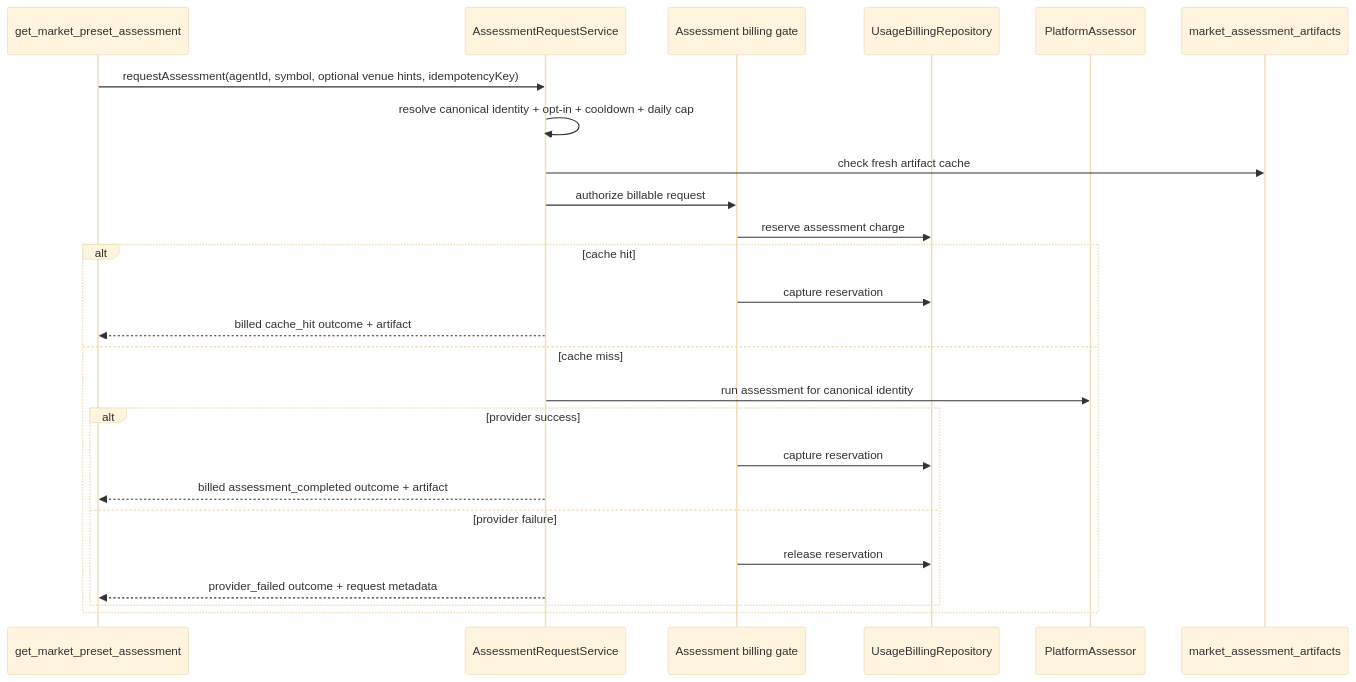
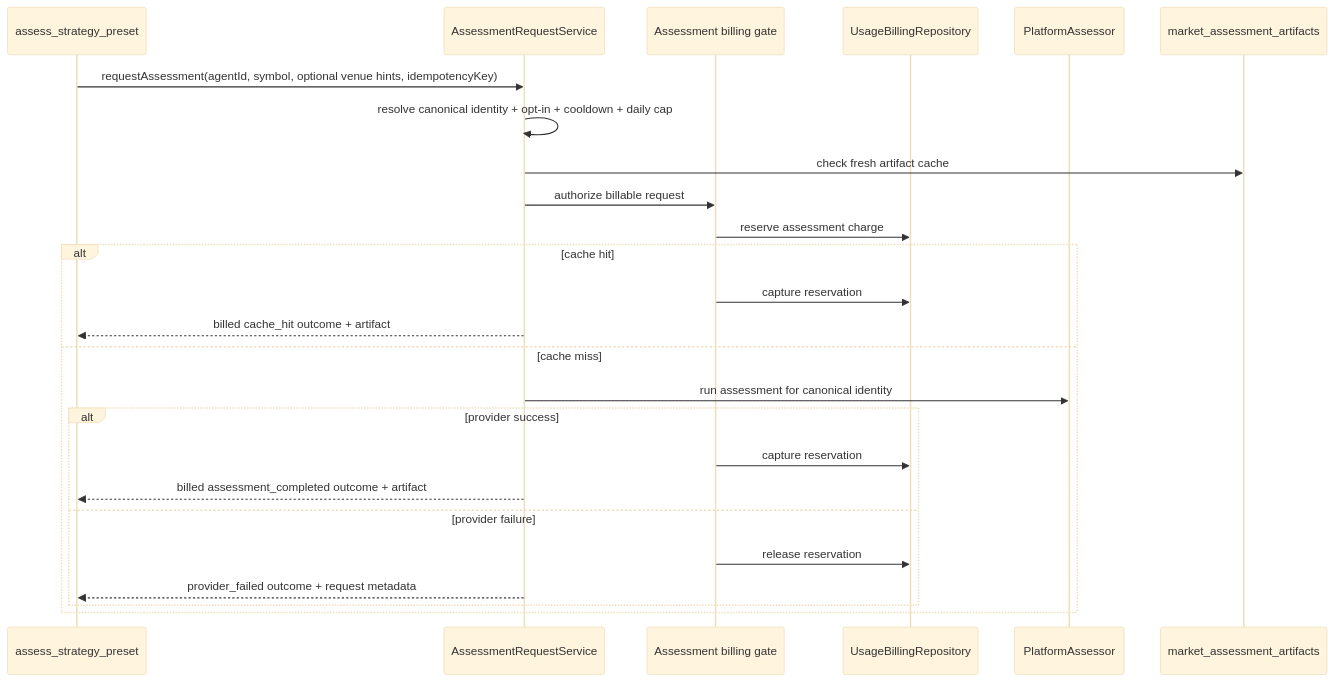
Before and after one commit to poshjosh/herobids: the diagram in docs/features/2026/07/18/002-platform-preset-assessment-and-transition/007-assessment-billing-completion-plan.md, drawn with Mermaid (base theme). The commit also changed other lines of this file and 9 other files, not shown here.

````diff
--- a/docs/features/2026/07/18/002-platform-preset-assessment-and-transition/007-assessment-billing-completion-plan.md
+++ b/docs/features/2026/07/18/002-platform-preset-assessment-and-transition/007-assessment-billing-completion-plan.md
@@ -78,28 +219,28 @@
 ```mermaid
 sequenceDiagram
-  participant Tool as get_market_preset_assessment
+  participant Tool as assess_strategy_preset
   participant Request as AssessmentRequestService
   participant Billing as Assessment billing gate
   participant Repo as UsageBillingRepository
   participant Assessor as PlatformAssessor
   participant Artifacts as market_assessment_artifacts
 
   Tool->>Request: requestAssessment(agentId, symbol, optional venue hints, idempotencyKey)
   Request->>Request: resolve canonical identity + opt-in + cooldown + daily cap
   Request->>Artifacts: check fresh artifact cache
   Request->>Billing: authorize billable request
   Billing->>Repo: reserve assessment charge
   alt cache hit
     Billing->>Repo: capture reservation
     Request-->>Tool: billed cache_hit outcome + artifact
   else cache miss
     Request->>Assessor: run assessment for canonical identity
     alt provider success
       Billing->>Repo: capture reservation
       Request-->>Tool: billed assessment_completed outcome + artifact
     else provider failure
       Billing->>Repo: release reservation
       Request-->>Tool: provider_failed outcome + request metadata
     end
   end
 ```
````
